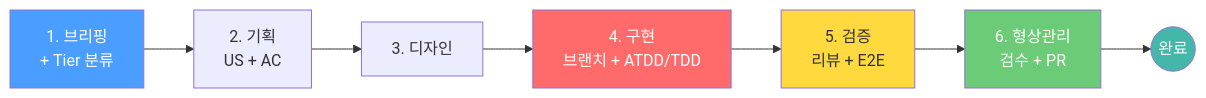
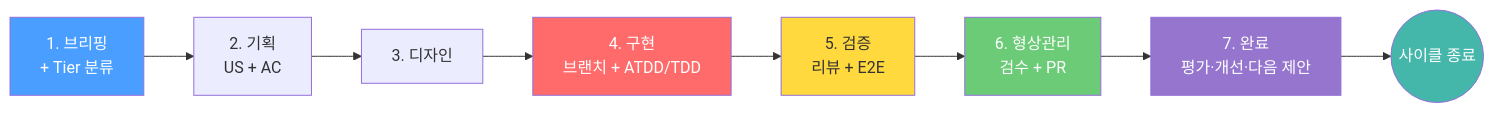
The diagram in docs/workflow.md (dakman-io/dakman-setup), drawn with Mermaid before and after one commit. The commit also changed other lines of this file and 1 other file, not shown here.

````diff
--- a/docs/workflow.md
+++ b/docs/workflow.md
@@ -95,14 +95,16 @@
 ```mermaid
 flowchart LR
     S1[1. 브리핑<br/>+ Tier 분류] --> S2[2. 기획<br/>US + AC]
     S2 --> S3[3. 디자인]
     S3 --> S4[4. 구현<br/>브랜치 + ATDD/TDD]
     S4 --> S5[5. 검증<br/>리뷰 + E2E]
     S5 --> S6[6. 형상관리<br/>검수 + PR]
-    S6 --> DONE((완료))
+    S6 --> S7[7. 완료<br/>평가·개선·다음 제안]
+    S7 --> DONE((사이클 종료))
     style S1 fill:#4a9eff,color:#fff
     style S4 fill:#ff6b6b,color:#fff
     style S5 fill:#ffd93d,color:#333
     style S6 fill:#6bcb77,color:#fff
+    style S7 fill:#9575cd,color:#fff
     style DONE fill:#45b7aa,color:#fff
 ```
````
